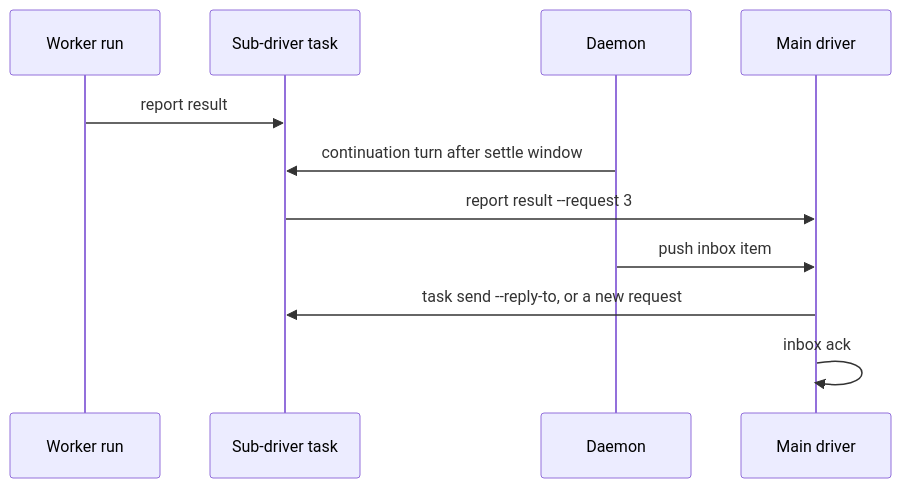
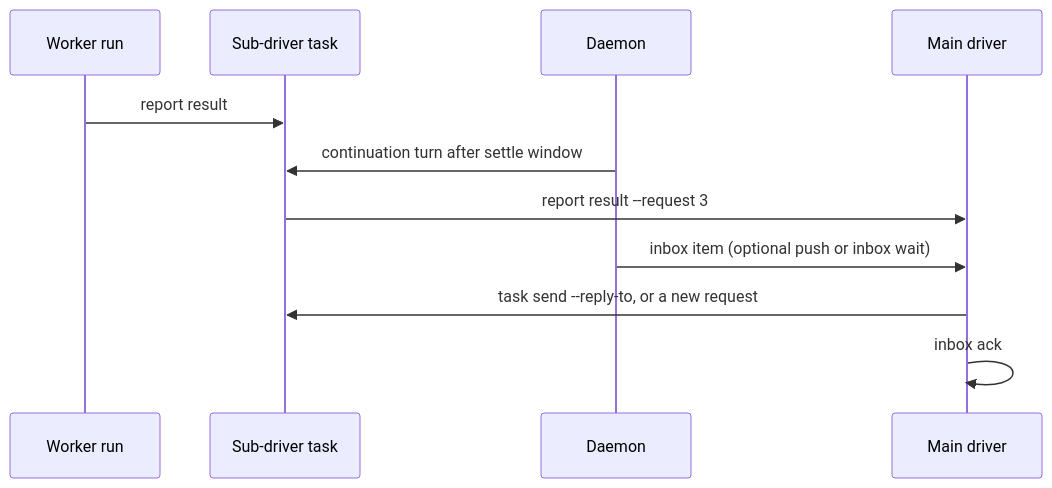
The diagram in docs/systems/notifications.md (HarrisonBurst/Shephrd), drawn with Mermaid before and after one commit. The commit also changed other lines of this file and 9 other files, not shown here.

````diff
--- a/docs/systems/notifications.md
+++ b/docs/systems/notifications.md
@@ -96,13 +96,13 @@
 ```mermaid
 sequenceDiagram
     participant W as Worker run
     participant SD as Sub-driver task
     participant D as Daemon
     participant M as Main driver
     W->>SD: report result
     D->>SD: continuation turn after settle window
     SD->>M: report result --request 3
-    D->>M: push inbox item
+    D->>M: inbox item (optional push or inbox wait)
     M->>SD: task send --reply-to, or a new request
     M->>M: inbox ack
 ```
````
